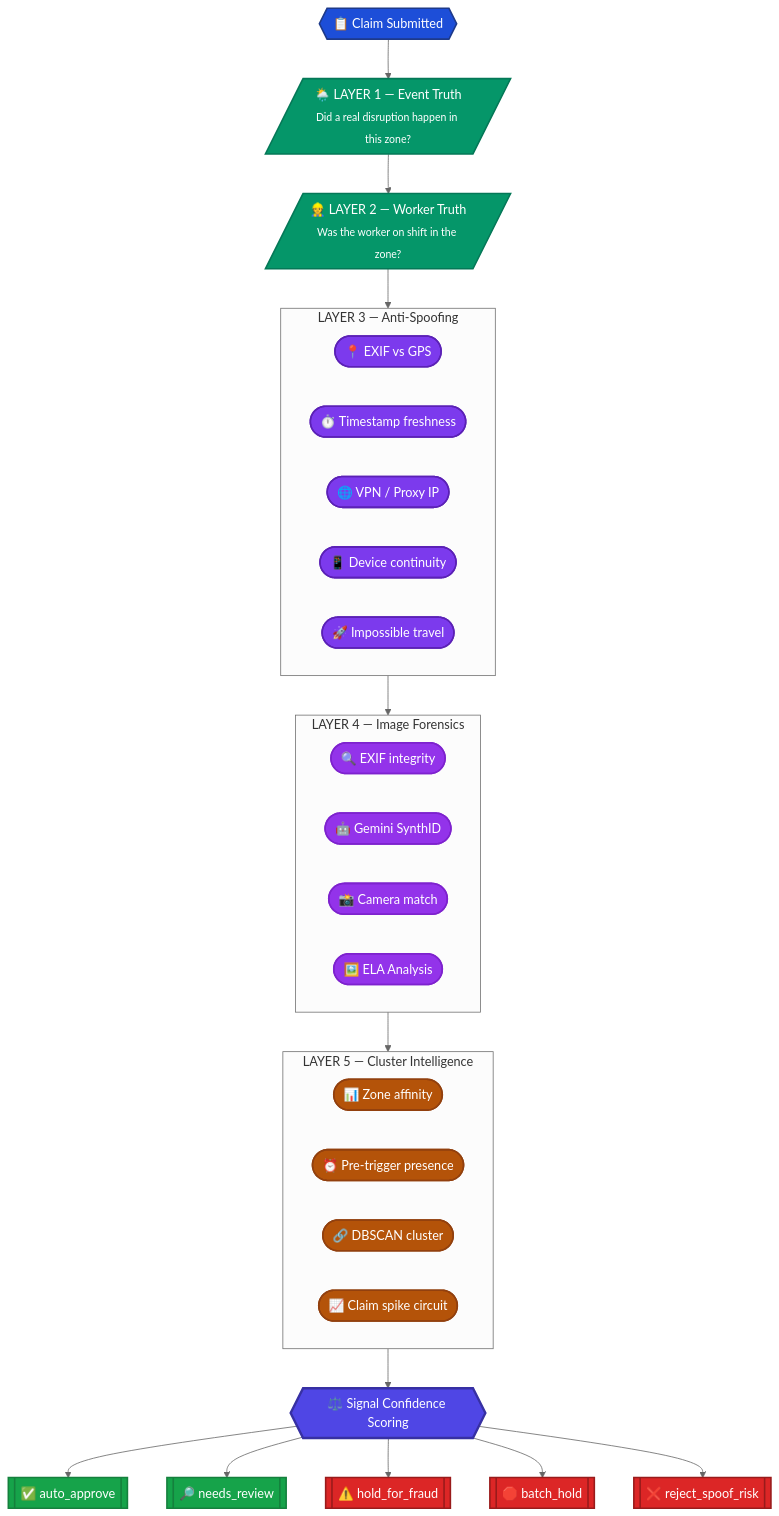
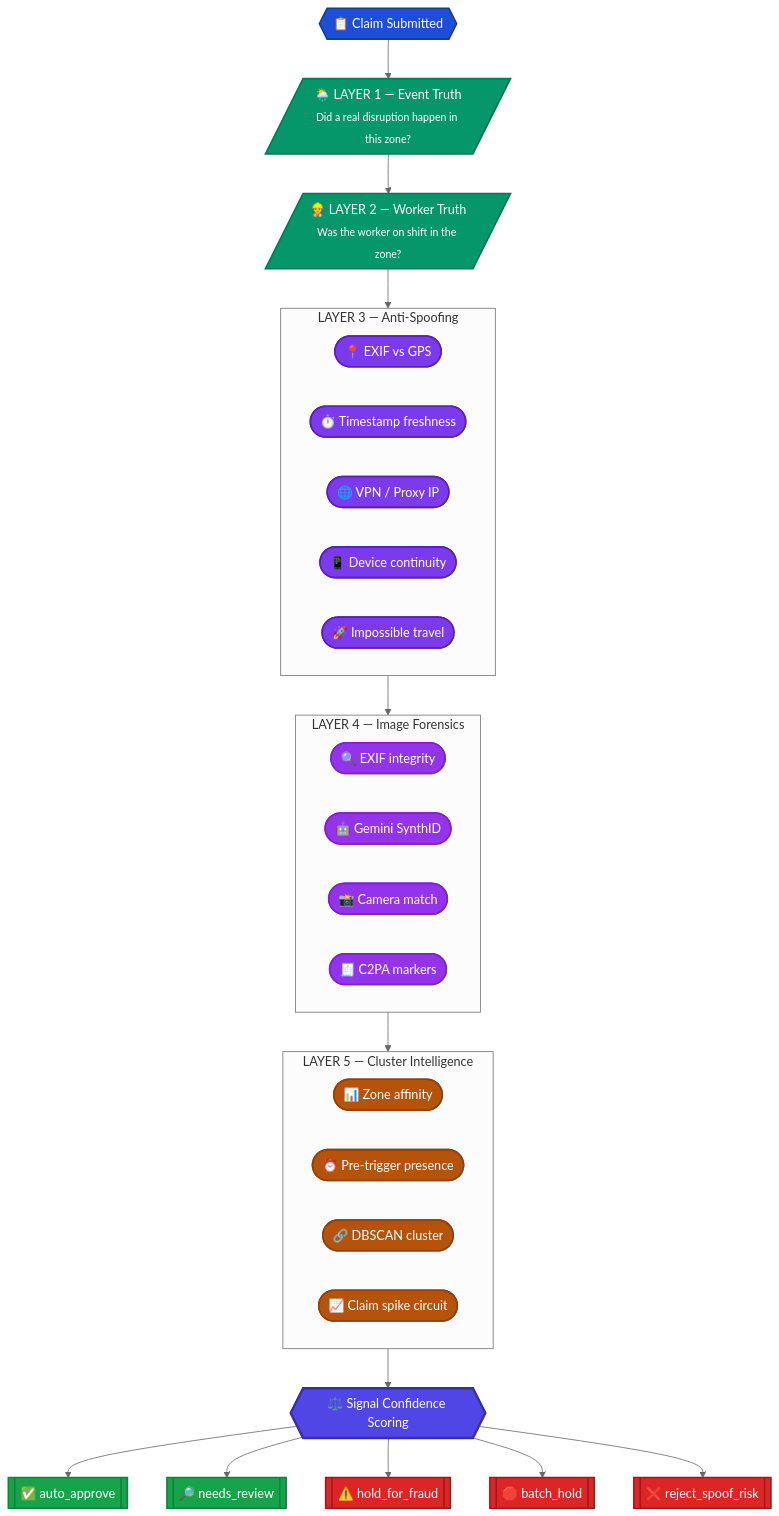
The fifth of 7 diagrams in README.md (Chorko/Celestius_Covara_One_P1), drawn with Mermaid (neutral theme) before and after one commit. The commit also changed other lines of this file and 99 other files, not shown here.

````diff
--- a/README.md
+++ b/README.md
@@ -741,52 +718,52 @@
 ```mermaid
 flowchart TD
     classDef intake fill:#1D4ED8,color:#fff,stroke:#1E3A8A,stroke-width:2px
     classDef truth fill:#059669,color:#fff,stroke:#047857,stroke-width:2px
     classDef checks fill:#7C3AED,color:#fff,stroke:#5B21B6,stroke-width:2px
     classDef checks2 fill:#9333EA,color:#fff,stroke:#7E22CE,stroke-width:2px
     classDef checks3 fill:#B45309,color:#fff,stroke:#92400E,stroke-width:2px
     classDef score fill:#4F46E5,color:#fff,stroke:#3730A3,stroke-width:3px
     classDef pass fill:#16A34A,color:#fff,stroke:#15803D,stroke-width:2px
     classDef fail fill:#DC2626,color:#fff,stroke:#991B1B,stroke-width:2px
 
     CS{{"📋 Claim Submitted"}}:::intake
 
     L1[/"🌦️ LAYER 1 — Event Truth<br><sub>Did a real disruption happen in this zone?</sub>"/]:::truth
     L2[/"👷 LAYER 2 — Worker Truth<br><sub>Was the worker on shift in the zone?</sub>"/]:::truth
 
     subgraph L3G ["LAYER 3 — Anti-Spoofing"]
         direction LR
         AS1(["📍 EXIF vs GPS"]):::checks
         AS2(["⏱️ Timestamp freshness"]):::checks
         AS3(["🌐 VPN / Proxy IP"]):::checks
         AS4(["📱 Device continuity"]):::checks
         AS5(["🚀 Impossible travel"]):::checks
     end
 
     subgraph L4G ["LAYER 4 — Image Forensics"]
         direction LR
         IF1(["🔍 EXIF integrity"]):::checks2
         IF2(["🤖 Gemini SynthID"]):::checks2
         IF3(["📸 Camera match"]):::checks2
-        IF4(["🖼️ ELA Analysis"]):::checks2
+        IF4(["🧾 C2PA markers"]):::checks2
     end
 
     subgraph L5G ["LAYER 5 — Cluster Intelligence"]
         direction LR
         BR1(["📊 Zone affinity"]):::checks3
         BR2(["⏰ Pre-trigger presence"]):::checks3
         BR3(["🔗 DBSCAN cluster"]):::checks3
         BR4(["📈 Claim spike circuit"]):::checks3
     end
 
     SE{{"⚖️ Signal Confidence Scoring"}}:::score
 
     D1[["✅ auto_approve"]]:::pass
     D2[["🔎 needs_review"]]:::pass
     D3[["⚠️ hold_for_fraud"]]:::fail
     D4[["🛑 batch_hold"]]:::fail
     D5[["❌ reject_spoof_risk"]]:::fail
 
     CS --> L1 --> L2 --> L3G --> L4G --> L5G --> SE
     SE --> D1 & D2 & D3 & D4 & D5
 ```
````
